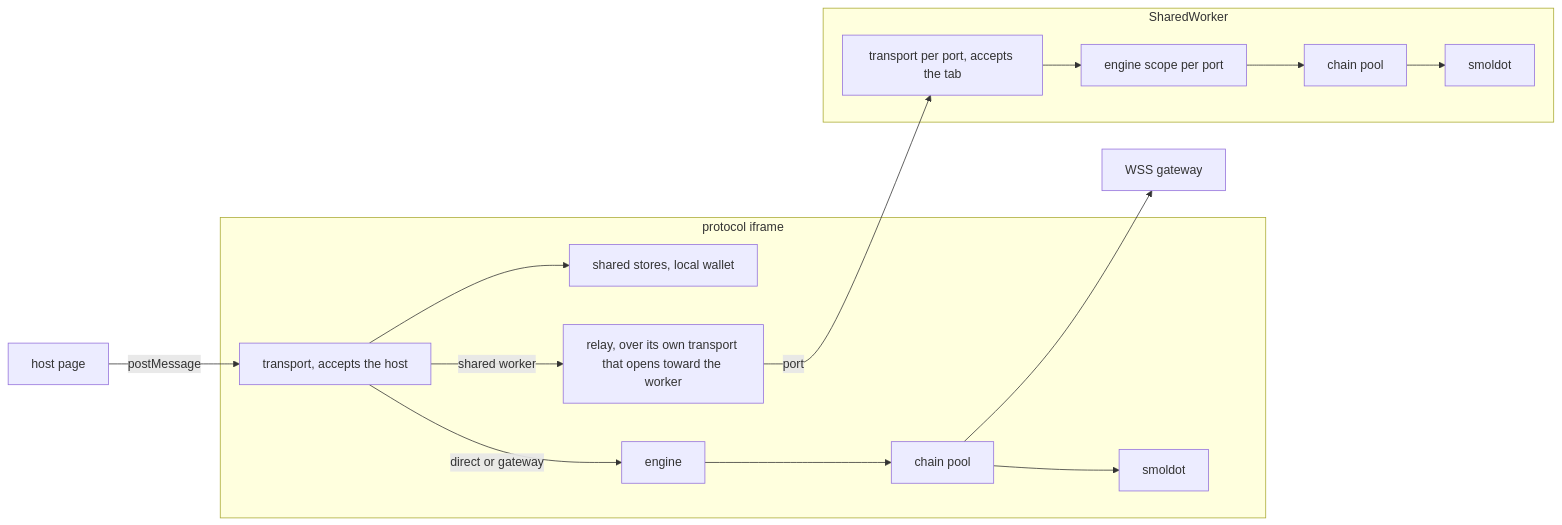
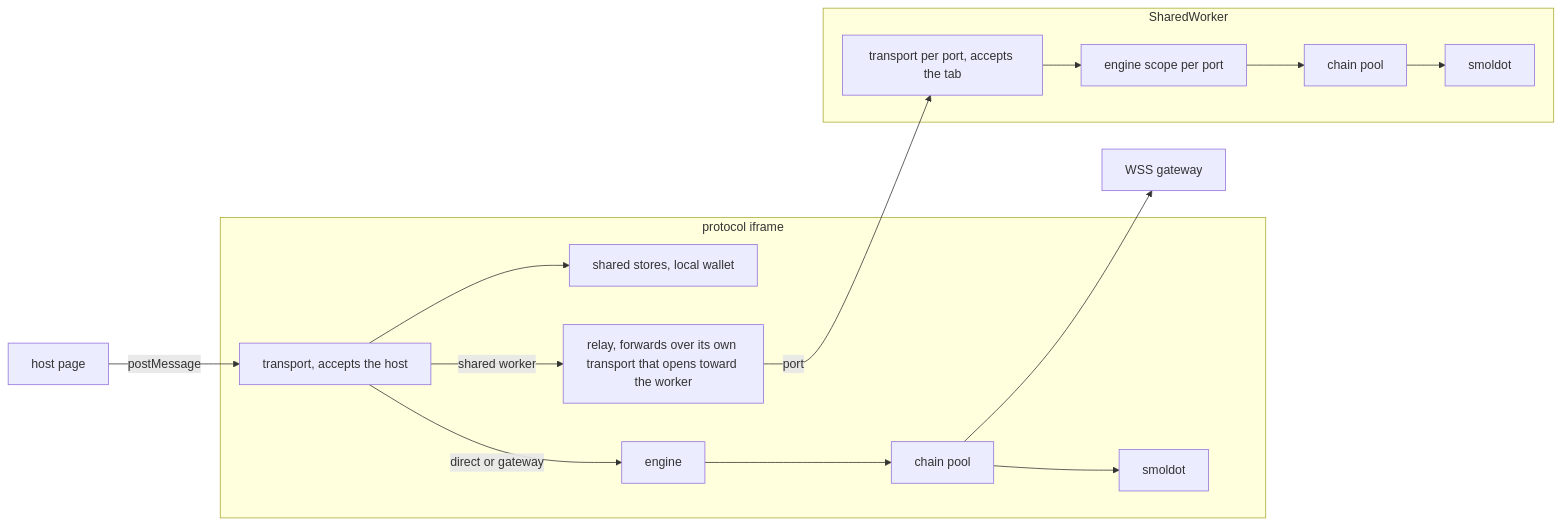
The diagram in apps/protocol/README.md (paritytech/dotli-community), drawn with Mermaid before and after one commit. The commit also changed other lines of this file and 4 other files, not shown here.

Commit message:
refactor(protocol-app): the SharedWorker relay forwards the chain and name calls as bytes

````diff
--- a/apps/protocol/README.md
+++ b/apps/protocol/README.md
@@ -92,16 +96,16 @@
 ```mermaid
 flowchart LR
   host[host page] -- postMessage --> serving
   subgraph frame[protocol iframe]
     serving["transport, accepts the host"] --> stores["shared stores, local wallet"]
     serving -- direct or gateway --> engine --> pool[chain pool]
     pool --> smoldot
-    serving -- shared worker --> relay["relay, over its own transport that opens toward the worker"]
+    serving -- shared worker --> relay["relay, forwards over its own transport that opens toward the worker"]
   end
   pool --> gateway[WSS gateway]
   relay -- port --> portServing
   subgraph worker[SharedWorker]
     portServing["transport per port, accepts the tab"] --> scope[engine scope per port] --> workerPool[chain pool]
     workerPool --> workerSmoldot[smoldot]
   end
 ```
````
